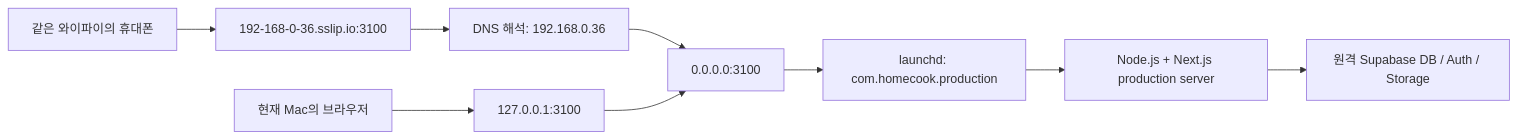
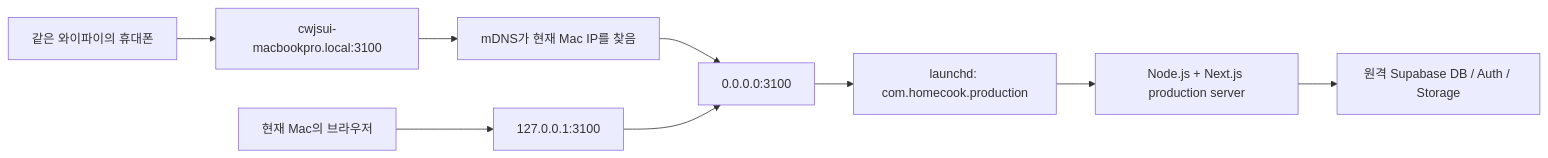
Before and after one commit to netsus/homecook: the diagram in docs/engineering/current-mac-production-plan.md, drawn with Mermaid. The commit also changed other lines of this file and 2 other files, not shown here.

First line of the commit message:
Keep LAN login reachable when DHCP changes the Mac address

````diff
--- a/docs/engineering/current-mac-production-plan.md
+++ b/docs/engineering/current-mac-production-plan.md
@@ -71,11 +73,11 @@
 ```mermaid
 flowchart LR
-  A["같은 와이파이의 휴대폰"] --> B["192-168-0-36.sslip.io:3100"]
+  A["같은 와이파이의 휴대폰"] --> B["cwjsui-macbookpro.local:3100"]
   M["현재 Mac의 브라우저"] --> L["127.0.0.1:3100"]
-  B --> I["DNS 해석: 192.168.0.36"]
+  B --> I["mDNS가 현재 Mac IP를 찾음"]
   I --> C["0.0.0.0:3100"]
   L --> C
   C --> D["launchd: com.homecook.production"]
   D --> E["Node.js + Next.js production server"]
   E --> F["원격 Supabase DB / Auth / Storage"]
 ```
````
